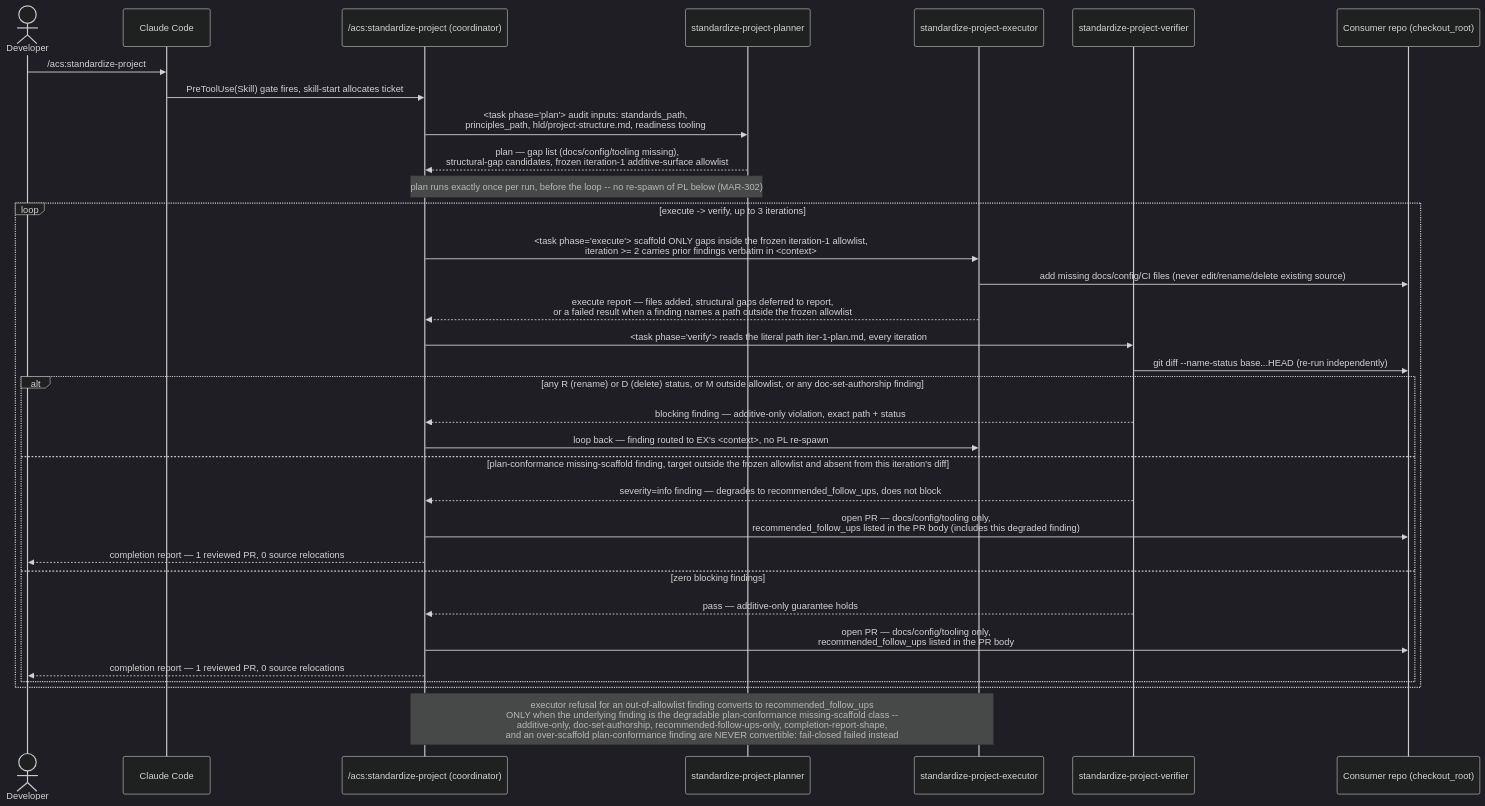
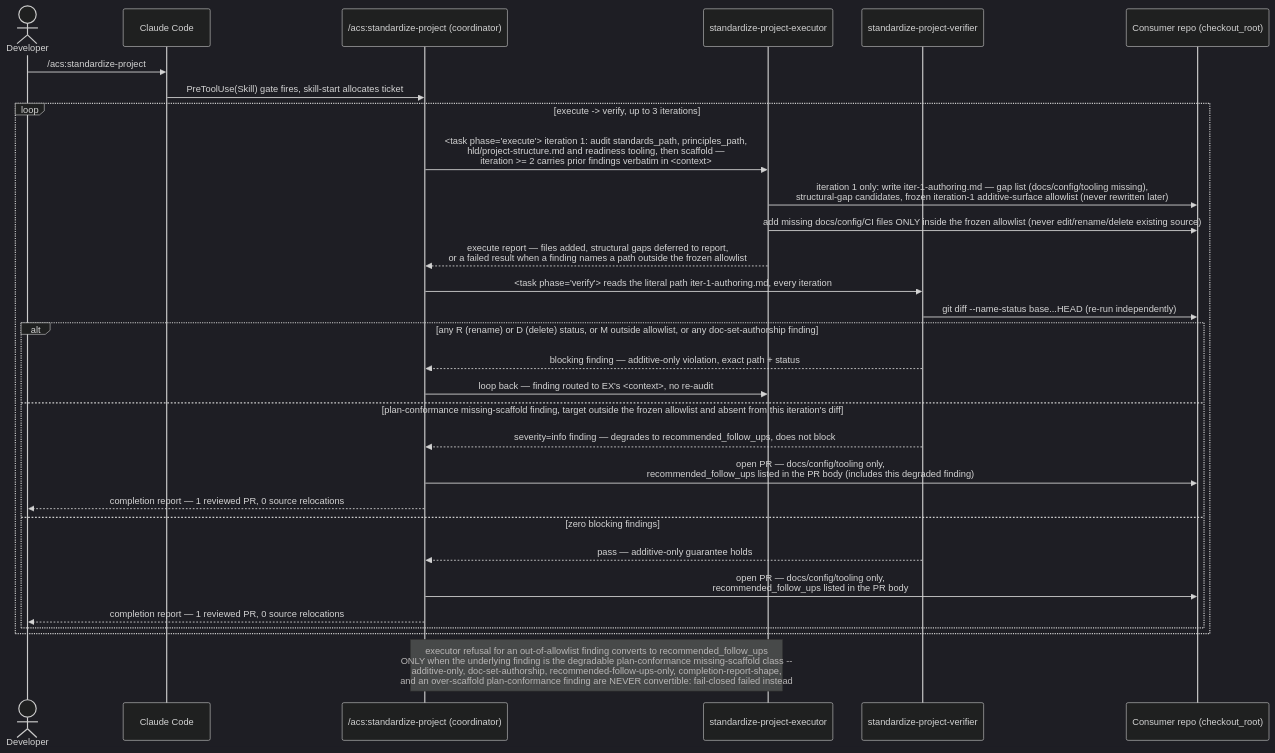
One commit to globalmindsolution/gms-marketplace changed the diagram in docs/architecture/lld/flows/standardize-project.md. Above: the diagram before and after it, drawn with Mermaid (dark theme). The commit also changed other lines of this file and 628 other files, not shown here.

Commit message:
Implement ADR-0092/0093, fix every release-gate finding, and prepare the v0.5.0 cut (#540)

````diff
--- a/docs/architecture/lld/flows/standardize-project.md
+++ b/docs/architecture/lld/flows/standardize-project.md
@@ -7,38 +11,35 @@
 ```mermaid
 sequenceDiagram
     actor Dev as Developer
     participant CC as Claude Code
     participant SP as /acs:standardize-project (coordinator)
-    participant PL as standardize-project-planner
     participant EX as standardize-project-executor
     participant VF as standardize-project-verifier
     participant Repo as Consumer repo (checkout_root)
 
     Dev->>CC: /acs:standardize-project
     CC->>SP: PreToolUse(Skill) gate fires, skill-start allocates ticket
-    SP->>PL: <task phase="plan"> audit inputs: standards_path,<br/>principles_path, hld/project-structure.md, readiness tooling
-    PL-->>SP: plan — gap list (docs/config/tooling missing),<br/>structural-gap candidates, frozen iteration-1 additive-surface allowlist
-    Note over SP,PL: plan runs exactly once per run, before the loop -- no re-spawn of PL below (MAR-302)
 
     loop execute -> verify, up to 3 iterations
-        SP->>EX: <task phase="execute"> scaffold ONLY gaps inside the frozen iteration-1 allowlist,<br/>iteration >= 2 carries prior findings verbatim in <context>
-        EX->>Repo: add missing docs/config/CI files (never edit/rename/delete existing source)
+        SP->>EX: <task phase="execute"> iteration 1: audit standards_path, principles_path,<br/>hld/project-structure.md and readiness tooling, then scaffold —<br/>iteration >= 2 carries prior findings verbatim in <context>
+        EX->>Repo: iteration 1 only: write iter-1-authoring.md — gap list (docs/config/tooling missing),<br/>structural-gap candidates, frozen iteration-1 additive-surface allowlist (never rewritten later)
+        EX->>Repo: add missing docs/config/CI files ONLY inside the frozen allowlist (never edit/rename/delete existing source)
         EX-->>SP: execute report — files added, structural gaps deferred to report,<br/>or a failed result when a finding names a path outside the frozen allowlist
-        SP->>VF: <task phase="verify"> reads the literal path iter-1-plan.md, every iteration
+        SP->>VF: <task phase="verify"> reads the literal path iter-1-authoring.md, every iteration
         VF->>Repo: git diff --name-status base...HEAD (re-run independently)
         alt any R (rename) or D (delete) status, or M outside allowlist, or any doc-set-authorship finding
             VF-->>SP: blocking finding — additive-only violation, exact path + status
-            SP->>EX: loop back — finding routed to EX's <context>, no PL re-spawn
+            SP->>EX: loop back — finding routed to EX's <context>, no re-audit
         else plan-conformance missing-scaffold finding, target outside the frozen allowlist and absent from this iteration's diff
             VF-->>SP: severity=info finding — degrades to recommended_follow_ups, does not block
             SP->>Repo: open PR — docs/config/tooling only,<br/>recommended_follow_ups listed in the PR body (includes this degraded finding)
             SP-->>Dev: completion report — 1 reviewed PR, 0 source relocations
         else zero blocking findings
             VF-->>SP: pass — additive-only guarantee holds
             SP->>Repo: open PR — docs/config/tooling only,<br/>recommended_follow_ups listed in the PR body
             SP-->>Dev: completion report — 1 reviewed PR, 0 source relocations
         end
     end
 
     Note over SP,EX: executor refusal for an out-of-allowlist finding converts to recommended_follow_ups<br/>ONLY when the underlying finding is the degradable plan-conformance missing-scaffold class --<br/>additive-only, doc-set-authorship, recommended-follow-ups-only, completion-report-shape,<br/>and an over-scaffold plan-conformance finding are NEVER convertible: fail-closed failed instead
 ```
````
